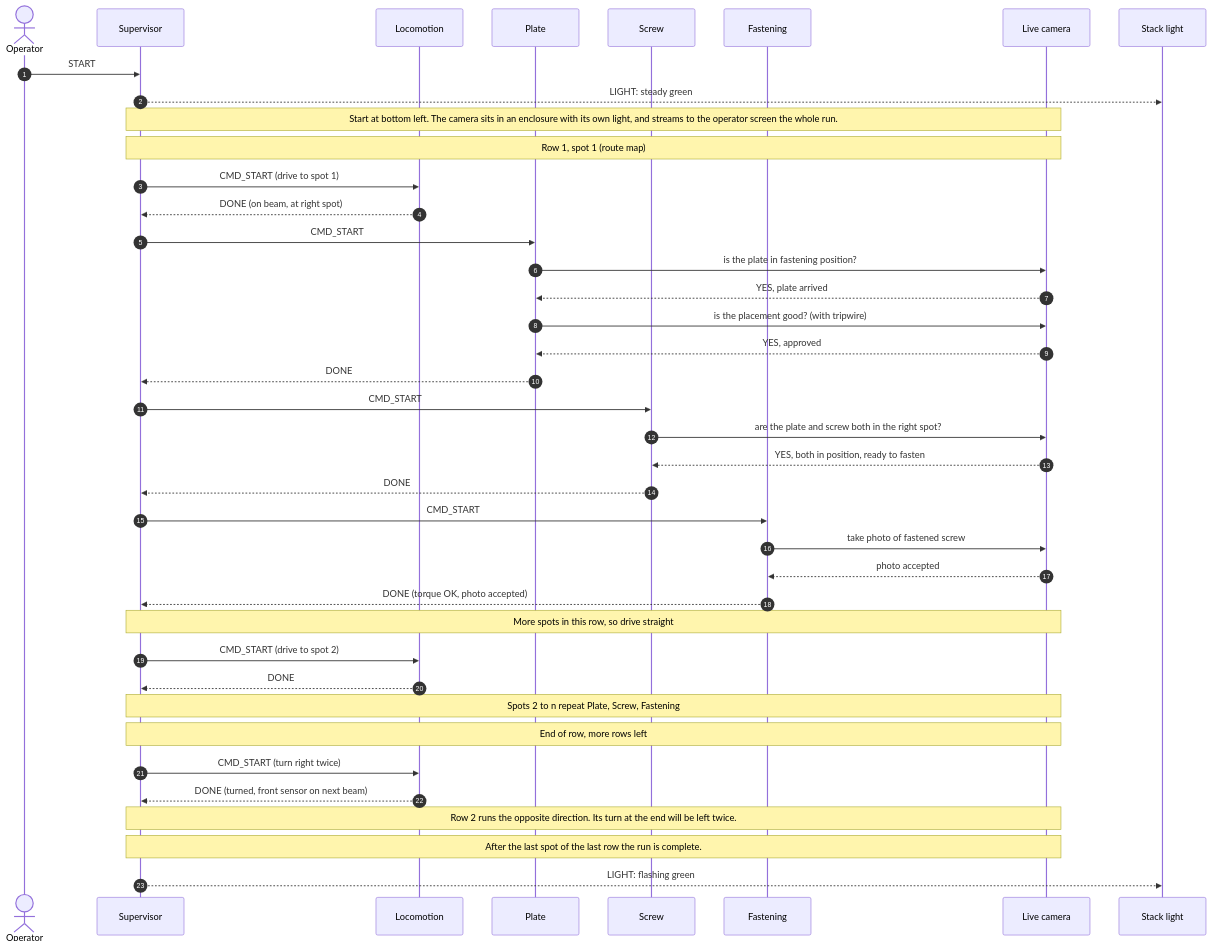
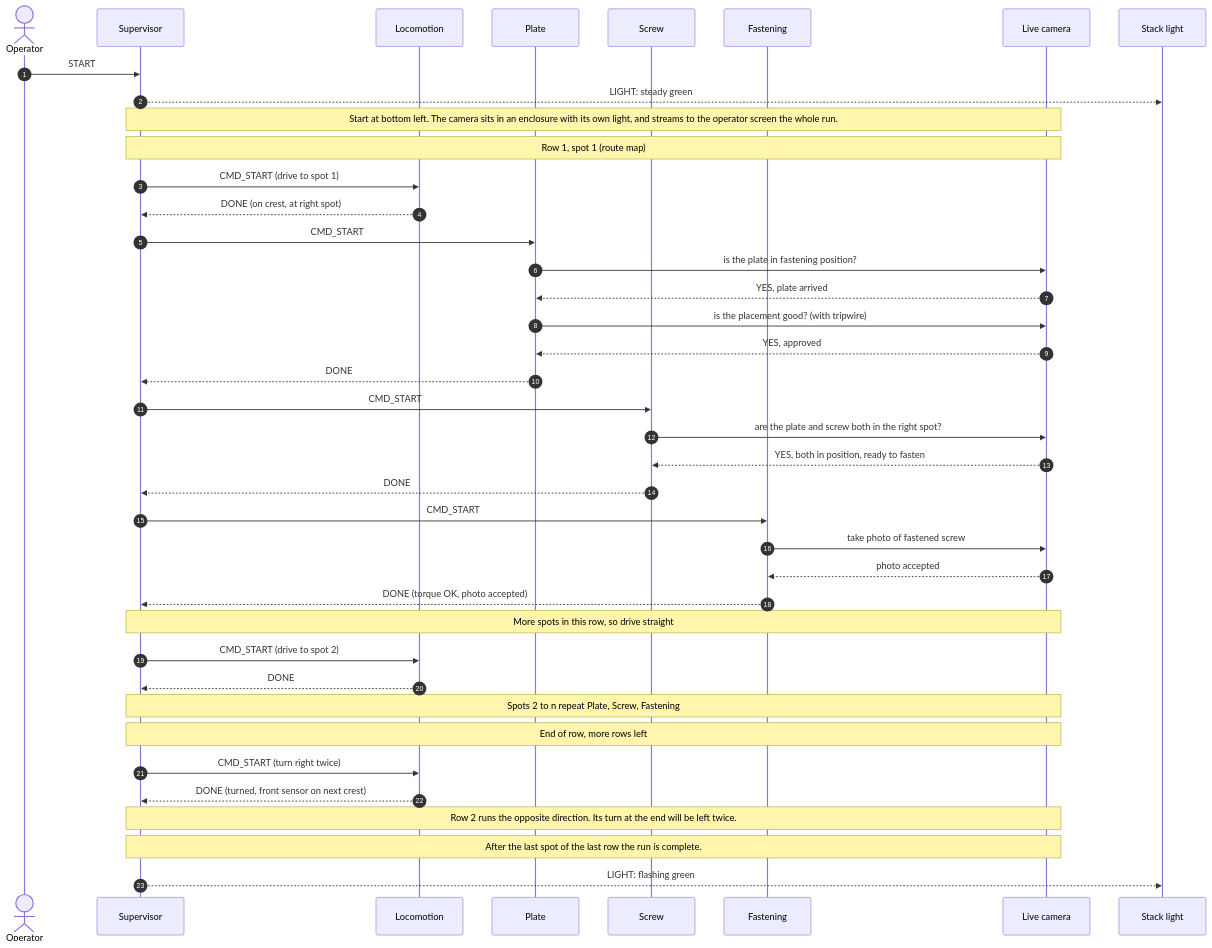
One commit to bnielse6/robotrac changed the diagram in docs/diagrams/3_sequence_happy_path.mmd. Above: the diagram before and after it, drawn with Mermaid. The commit also changed 70 other files, not shown here.

```diff
--- a/docs/diagrams/3_sequence_happy_path.mmd
+++ b/docs/diagrams/3_sequence_happy_path.mmd
@@ -1,41 +1,41 @@
 sequenceDiagram
   autonumber
   actor Op as Operator
   participant S as Supervisor
   participant L as Locomotion
   participant P as Plate
   participant C as Screw
   participant F as Fastening
   participant K as Live camera
   participant Lt as Stack light
 
   Op->>S: START
   S-->>Lt: LIGHT: steady green
   Note over S,K: Start at bottom left. The camera sits in an enclosure with its own light, and streams to the operator screen the whole run.
   Note over S,K: Row 1, spot 1 (route map)
   S->>L: CMD_START (drive to spot 1)
-  L-->>S: DONE (on beam, at right spot)
+  L-->>S: DONE (on crest, at right spot)
   S->>P: CMD_START
   P->>K: is the plate in fastening position?
   K-->>P: YES, plate arrived
   P->>K: is the placement good? (with tripwire)
   K-->>P: YES, approved
   P-->>S: DONE
   S->>C: CMD_START
   C->>K: are the plate and screw both in the right spot?
   K-->>C: YES, both in position, ready to fasten
   C-->>S: DONE
   S->>F: CMD_START
   F->>K: take photo of fastened screw
   K-->>F: photo accepted
   F-->>S: DONE (torque OK, photo accepted)
   Note over S,K: More spots in this row, so drive straight
   S->>L: CMD_START (drive to spot 2)
   L-->>S: DONE
   Note over S,K: Spots 2 to n repeat Plate, Screw, Fastening
   Note over S,K: End of row, more rows left
   S->>L: CMD_START (turn right twice)
-  L-->>S: DONE (turned, front sensor on next beam)
+  L-->>S: DONE (turned, front sensor on next crest)
   Note over S,K: Row 2 runs the opposite direction. Its turn at the end will be left twice.
   Note over S,K: After the last spot of the last row the run is complete.
   S-->>Lt: LIGHT: flashing green
```
